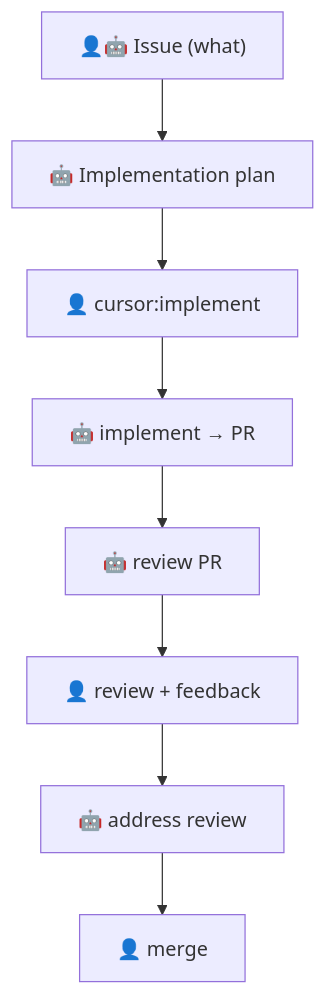
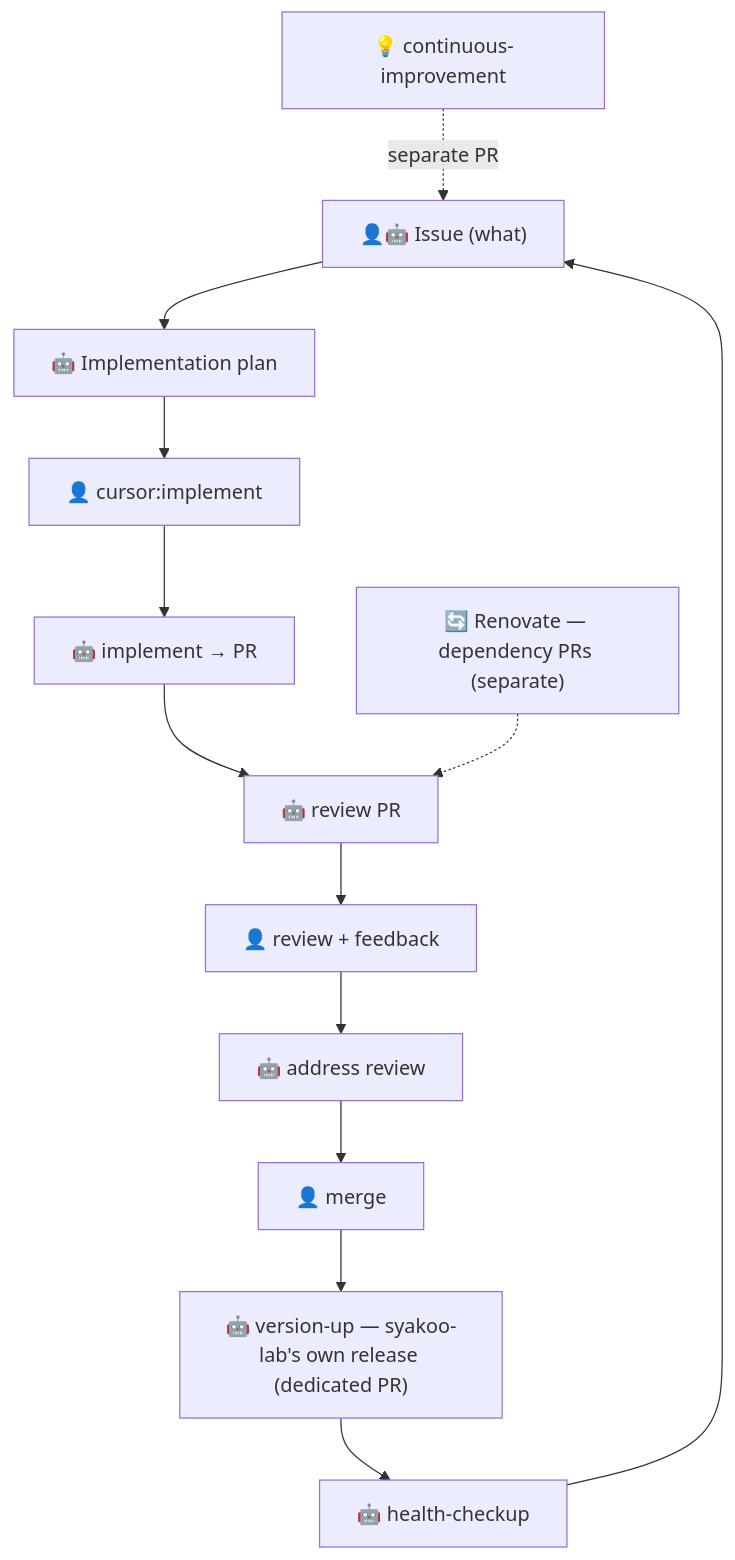
One commit to syakoo/syakoo-lab changed the diagram in .cursor/rules/ai-workflow.mdc. Above: the diagram before and after it, drawn with Mermaid. The commit also changed other lines of this file and 2 other files, not shown here.

First line of the commit message:
feat: add version-up skill and wire release + checkup cycle into workflow

````diff
--- a/.cursor/rules/ai-workflow.mdc
+++ b/.cursor/rules/ai-workflow.mdc
@@ -21,10 +21,15 @@
 ```mermaid
 flowchart TD
   A["👤🤖 Issue (what)"] --> B["🤖 Implementation plan"]
   B --> C["👤 cursor:implement"]
   C --> D["🤖 implement → PR"]
   D --> E["🤖 review PR"]
   E --> F["👤 review + feedback"]
   F --> G["🤖 address review"]
   G --> H["👤 merge"]
+  H --> I["🤖 version-up — syakoo-lab's own release (dedicated PR)"]
+  I --> J["🤖 health-checkup"]
+  J --> A
+  L["💡 continuous-improvement"] -.separate PR.-> A
+  R["🔄 Renovate — dependency PRs (separate)"] -.-> E
 ```
````
